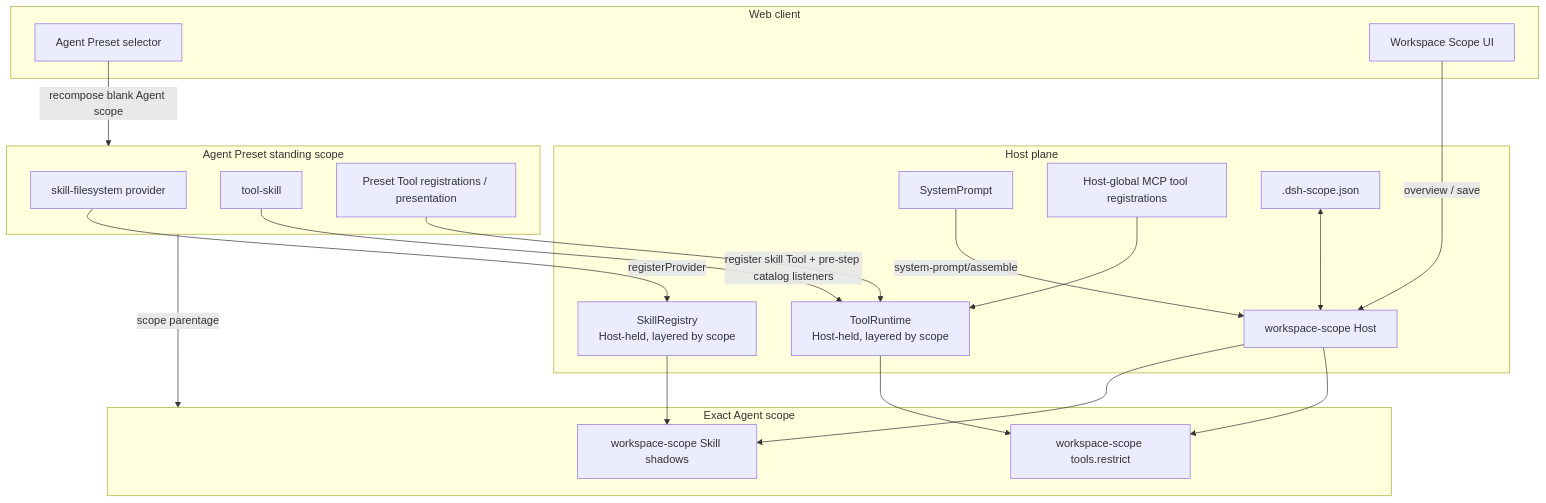
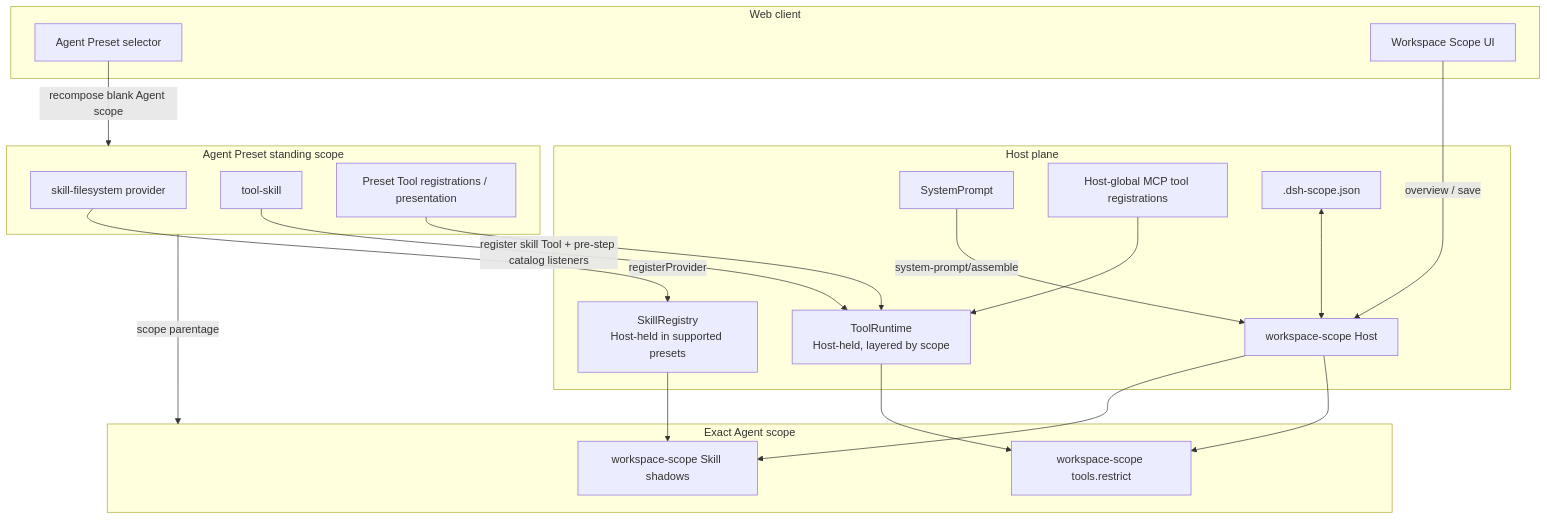
The second of 5 diagrams in docs/architecture.md (Ri0n72Y/dsh-workspace-scope), drawn with Mermaid before and after one commit. The commit also changed other lines of this file, not shown here.

````diff
--- a/docs/architecture.md
+++ b/docs/architecture.md
@@ -40,43 +40,43 @@
 ```mermaid
 flowchart TB
     subgraph HOST["Host plane"]
-        SR["SkillRegistry\nHost-held, layered by scope"]
+        SR["SkillRegistry\nHost-held in supported presets"]
         TR["ToolRuntime\nHost-held, layered by scope"]
         SP["SystemPrompt"]
         MCP["Host-global MCP tool registrations"]
         CFG[".dsh-scope.json"]
         WH["workspace-scope Host"]
     end
 
     subgraph PRESET["Agent Preset standing scope"]
         SFS["skill-filesystem provider"]
         TS["tool-skill"]
         PT["Preset Tool registrations / presentation"]
     end
 
     subgraph AGENT["Exact Agent scope"]
         AS["workspace-scope Skill shadows"]
         AR["workspace-scope tools.restrict"]
     end
 
     subgraph CLIENT["Web client"]
         AP["Agent Preset selector"]
         WUI["Workspace Scope UI"]
     end
 
     SFS -->|"registerProvider"| SR
     TS -->|"register skill Tool + pre-step catalog listeners"| TR
     PT --> TR
     MCP --> TR
 
     PRESET -->|"scope parentage"| AGENT
     SR --> AS
     TR --> AR
     CFG <--> WH
     WH --> AS
     WH --> AR
     SP -->|"system-prompt/assemble"| WH
 
     AP -->|"recompose blank Agent scope"| PRESET
     WUI -->|"overview / save"| WH
 ```
````
